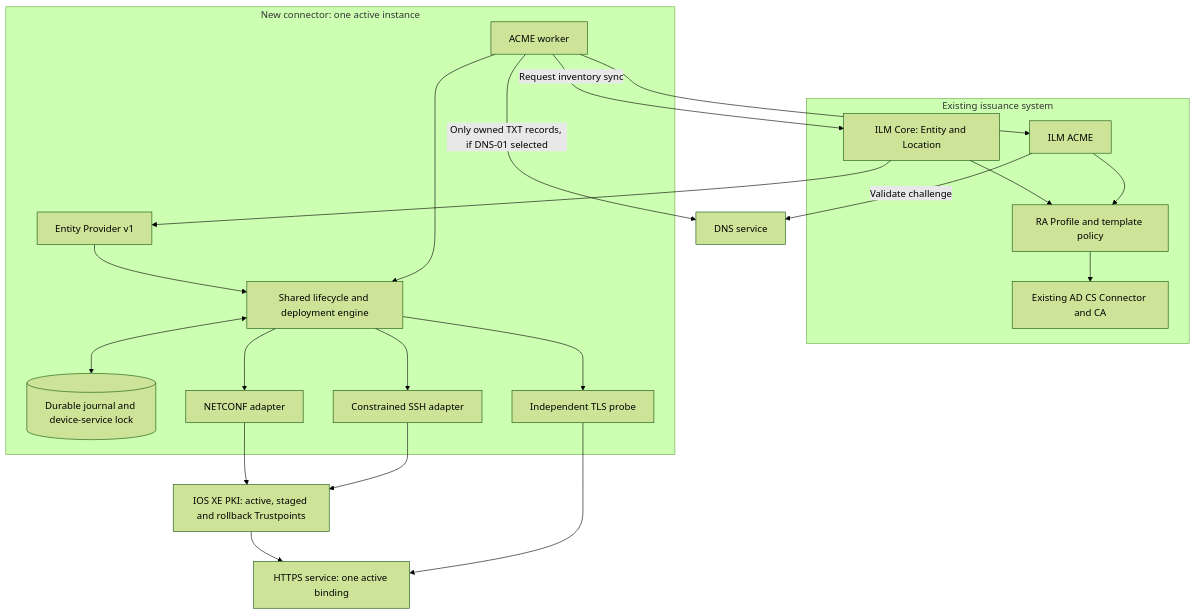
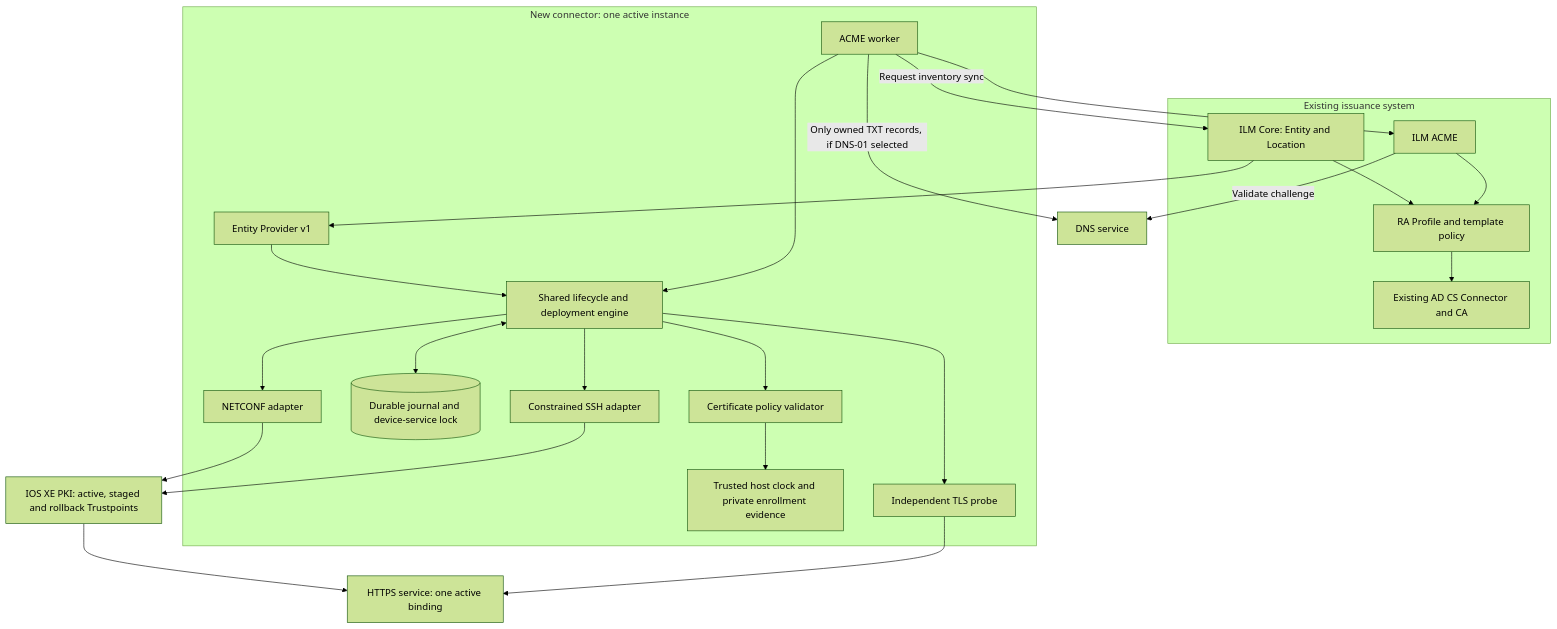
Before and after one commit to sampsonlor/cisco-iosxe-connector: the first of 4 diagrams in docs/architecture.md, drawn with Mermaid (forest theme). The commit also changed other lines of this file and 16 other files, not shown here.

Commit message:
feat(certpolicy): gate certificate-ready on CSR, pinned chain and enrollment policy

````diff
--- a/docs/architecture.md
+++ b/docs/architecture.md
@@ -14,35 +17,38 @@
 ```mermaid
 flowchart TB
     subgraph Issuance[Existing issuance system]
         Core[ILM Core: Entity and Location]
         ACME[ILM ACME]
         RA[RA Profile and template policy]
         ADCS[Existing AD CS Connector and CA]
         Core --> RA
         ACME --> RA --> ADCS
     end
     subgraph Connector[New connector: one active instance]
         API[Entity Provider v1]
         Worker[ACME worker]
         Engine[Shared lifecycle and deployment engine]
+        Policy[Certificate policy validator]
+        Evidence[Trusted host clock and private enrollment evidence]
         Journal[(Durable journal and device-service lock)]
         NC[NETCONF adapter]
         SSH[Constrained SSH adapter]
         Probe[Independent TLS probe]
         API --> Engine
         Worker --> Engine
         Engine <--> Journal
+        Engine --> Policy --> Evidence
         Engine --> NC
         Engine --> SSH
         Engine --> Probe
     end
     Core --> API
     Worker --> ACME
     Worker -->|Request inventory sync| Core
     Worker -->|Only owned TXT records, if DNS-01 selected| DNS[DNS service]
     ACME -->|Validate challenge| DNS
     NC --> PKI
     SSH --> PKI[IOS XE PKI: active, staged and rollback Trustpoints]
     PKI --> HTTPS[HTTPS service: one active binding]
     Probe --> HTTPS
 ```
````
